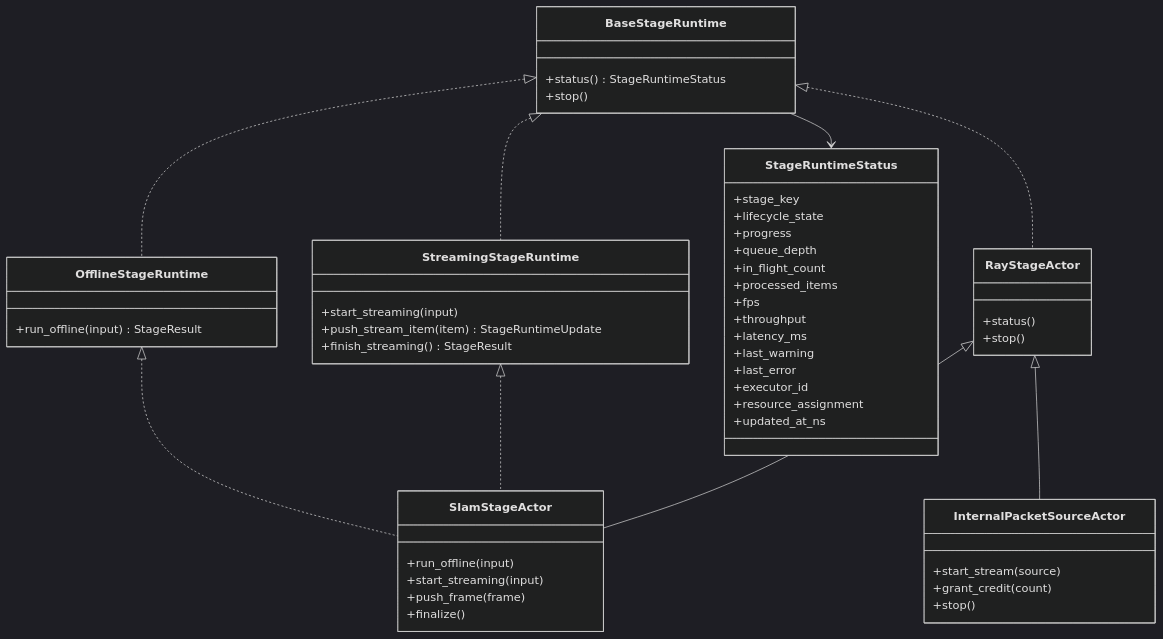
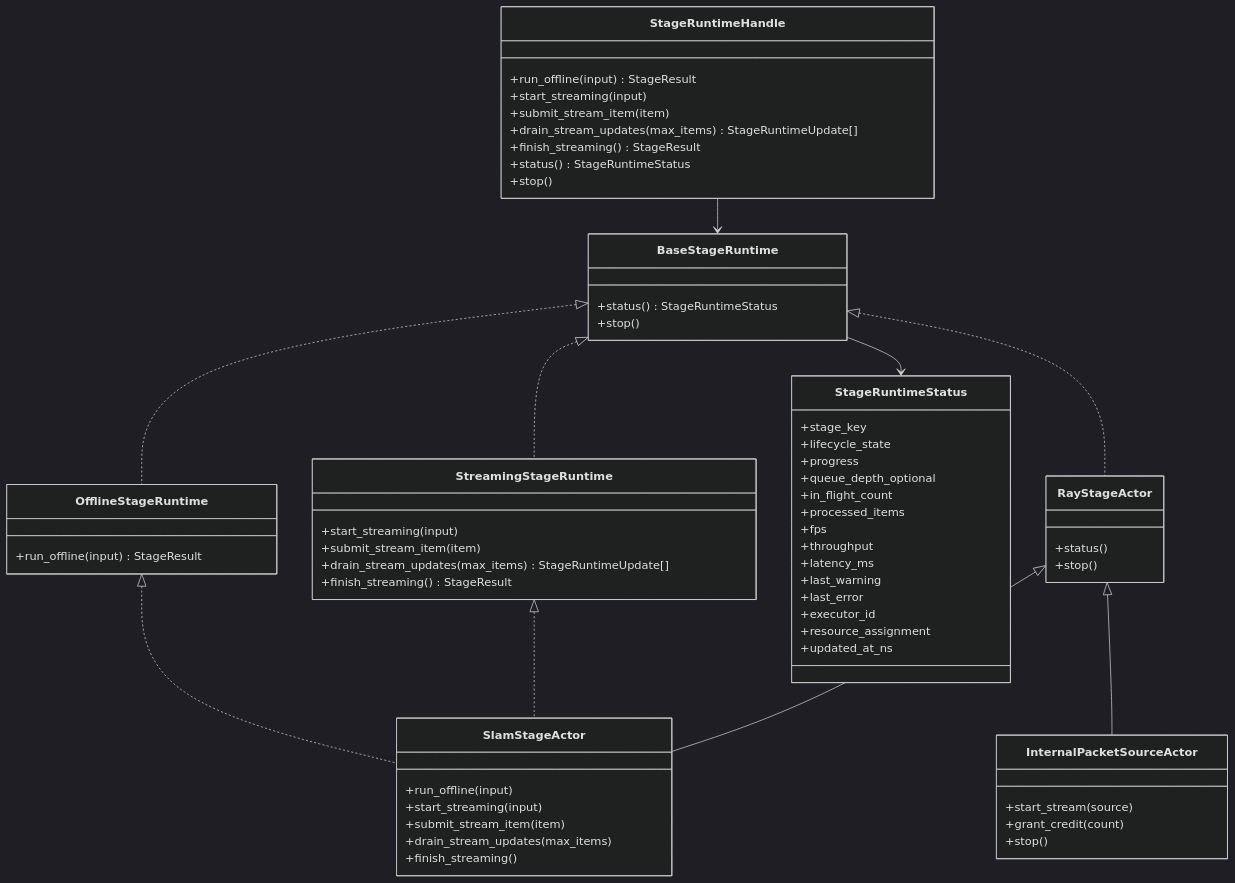
The fifth of 13 diagrams in docs/architecture/pipeline-stage-refactor-target.md (JanDuchscherer104/prml-vslam), drawn with Mermaid (dark theme) before and after one commit. The commit also changed other lines of this file and 3 other files, not shown here.

Commit message:
docs: refresh pipeline stage target architecture

````diff
--- a/docs/architecture/pipeline-stage-refactor-target.md
+++ b/docs/architecture/pipeline-stage-refactor-target.md
@@ -501,61 +560,74 @@
 ```mermaid
 classDiagram
     class BaseStageRuntime {
         +status() StageRuntimeStatus
         +stop()
     }
 
     class OfflineStageRuntime {
         +run_offline(input) StageResult
     }
 
     class StreamingStageRuntime {
         +start_streaming(input)
-        +push_stream_item(item) StageRuntimeUpdate
+        +submit_stream_item(item)
+        +drain_stream_updates(max_items) StageRuntimeUpdate[]
         +finish_streaming() StageResult
+    }
+
+    class StageRuntimeHandle {
+        +run_offline(input) StageResult
+        +start_streaming(input)
+        +submit_stream_item(item)
+        +drain_stream_updates(max_items) StageRuntimeUpdate[]
+        +finish_streaming() StageResult
+        +status() StageRuntimeStatus
+        +stop()
     }
 
     class StageRuntimeStatus {
         +stage_key
         +lifecycle_state
         +progress
-        +queue_depth
+        +queue_depth_optional
         +in_flight_count
         +processed_items
         +fps
         +throughput
         +latency_ms
         +last_warning
         +last_error
         +executor_id
         +resource_assignment
         +updated_at_ns
     }
 
     class RayStageActor {
         +status()
         +stop()
     }
 
     class SlamStageActor {
         +run_offline(input)
         +start_streaming(input)
-        +push_frame(frame)
-        +finalize()
+        +submit_stream_item(item)
+        +drain_stream_updates(max_items)
+        +finish_streaming()
     }
 
     class InternalPacketSourceActor {
         +start_stream(source)
         +grant_credit(count)
         +stop()
     }
 
     BaseStageRuntime <|.. OfflineStageRuntime
     BaseStageRuntime <|.. StreamingStageRuntime
     BaseStageRuntime <|.. RayStageActor
     OfflineStageRuntime <|.. SlamStageActor
     StreamingStageRuntime <|.. SlamStageActor
+    StageRuntimeHandle --> BaseStageRuntime
     RayStageActor <|-- SlamStageActor
     RayStageActor <|-- InternalPacketSourceActor
     BaseStageRuntime --> StageRuntimeStatus
 ```
````
